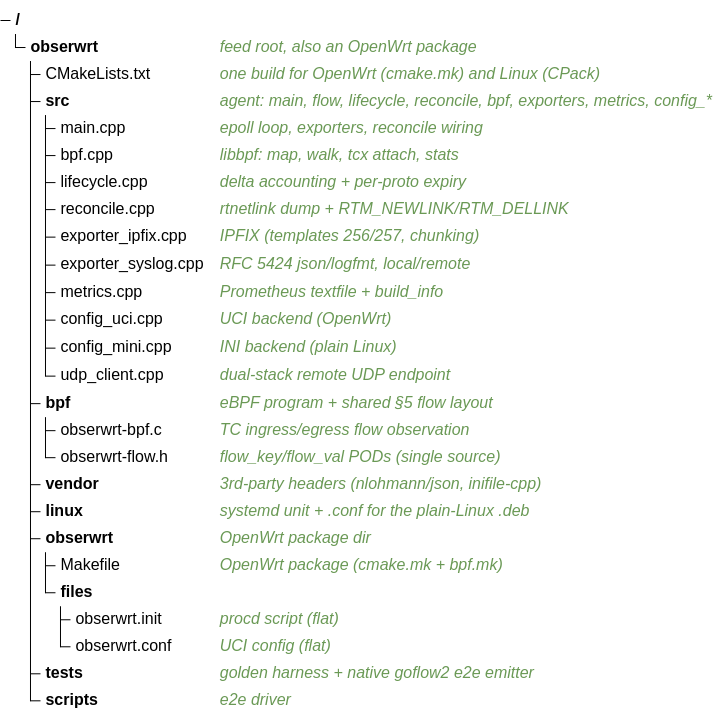
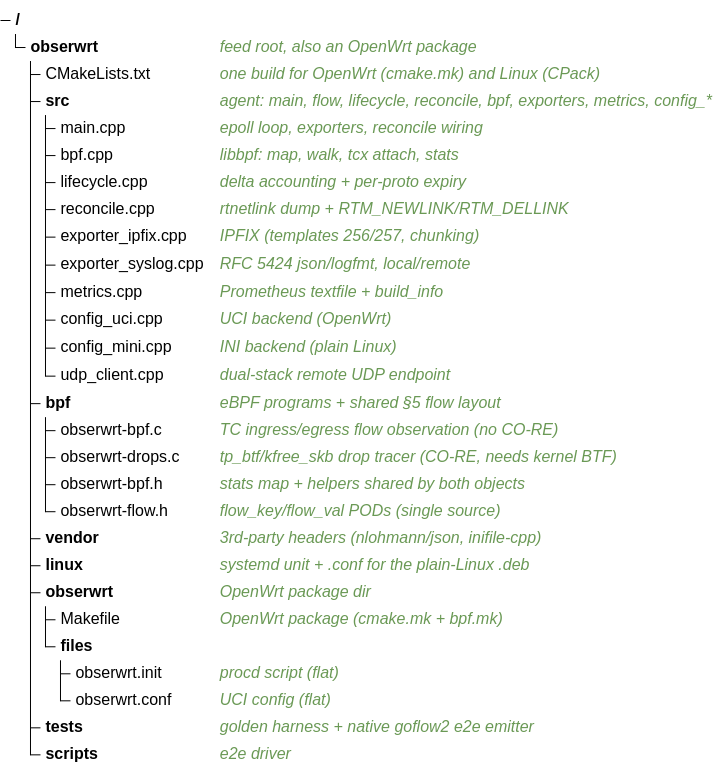
The fifth of 6 diagrams in docs/design.md (vooon/obserwrt), drawn with Mermaid before and after one commit. The commit also changed other lines of this file and 13 other files, not shown here.

````diff
--- a/docs/design.md
+++ b/docs/design.md
@@ -613,28 +619,30 @@
 ```mermaid
 treeView-beta
 obserwrt/ ## feed root, also an OpenWrt package
     CMakeLists.txt ## one build for OpenWrt (cmake.mk) and Linux (CPack)
     src/ ## agent: main, flow, lifecycle, reconcile, bpf, exporters, metrics, config_*
         main.cpp ## epoll loop, exporters, reconcile wiring
         bpf.cpp ## libbpf: map, walk, tcx attach, stats
         lifecycle.cpp ## delta accounting + per-proto expiry
         reconcile.cpp ## rtnetlink dump + RTM_NEWLINK/RTM_DELLINK
         exporter_ipfix.cpp ## IPFIX (templates 256/257, chunking)
         exporter_syslog.cpp ## RFC 5424 json/logfmt, local/remote
         metrics.cpp ## Prometheus textfile + build_info
         config_uci.cpp ## UCI backend (OpenWrt)
         config_mini.cpp ## INI backend (plain Linux)
         udp_client.cpp ## dual-stack remote UDP endpoint
-    bpf/ ## eBPF program + shared §5 flow layout
-        obserwrt-bpf.c ## TC ingress/egress flow observation
+    bpf/ ## eBPF programs + shared §5 flow layout
+        obserwrt-bpf.c ## TC ingress/egress flow observation (no CO-RE)
+        obserwrt-drops.c ## tp_btf/kfree_skb drop tracer (CO-RE, needs kernel BTF)
+        obserwrt-bpf.h ## stats map + helpers shared by both objects
         obserwrt-flow.h ## flow_key/flow_val PODs (single source)
     vendor/ ## 3rd-party headers (nlohmann/json, inifile-cpp)
     linux/ ## systemd unit + .conf for the plain-Linux .deb
     obserwrt/ ## OpenWrt package dir
         Makefile ## OpenWrt package (cmake.mk + bpf.mk)
         files/
             obserwrt.init ## procd script (flat)
             obserwrt.conf ## UCI config (flat)
     tests/ ## golden harness + native goflow2 e2e emitter
     scripts/ ## e2e driver
 ```
````
